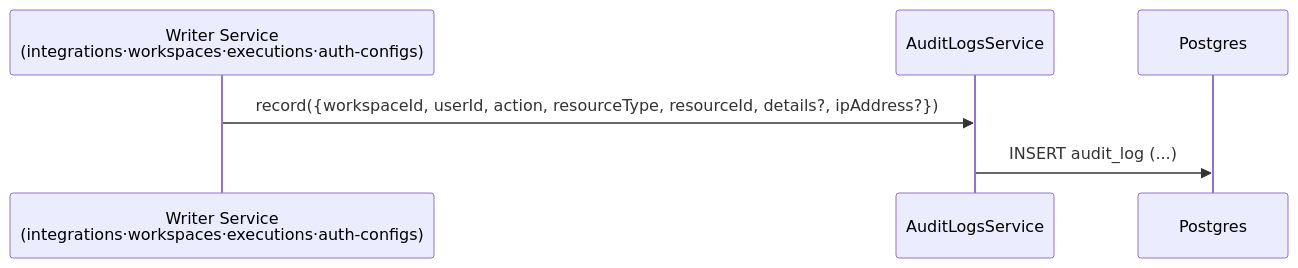
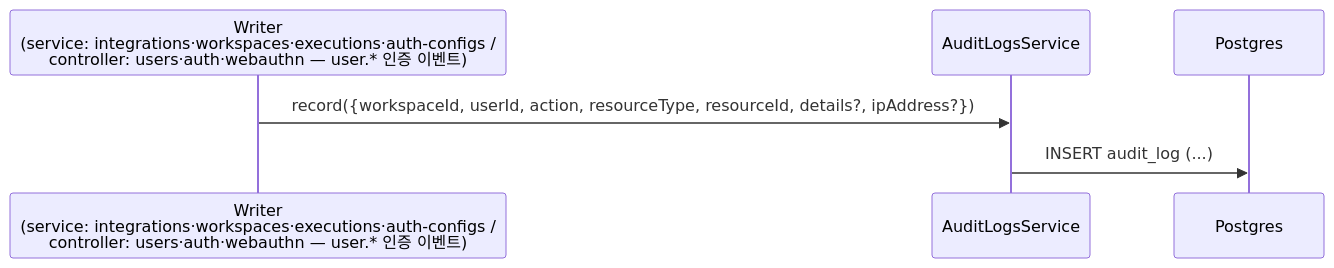
Before and after one commit to worker-ants/clemvion: the first of 2 diagrams in spec/data-flow/1-audit.md, drawn with Mermaid. The commit also changed other lines of this file and 41 other files, not shown here.

````diff
--- a/spec/data-flow/1-audit.md
+++ b/spec/data-flow/1-audit.md
@@ -31,8 +31,8 @@
 ```mermaid
 sequenceDiagram
-  participant Caller as Writer Service<br/>(integrations·workspaces·executions·auth-configs)
+  participant Caller as Writer<br/>(service: integrations·workspaces·executions·auth-configs /<br/>controller: users·auth·webauthn — user.* 인증 이벤트)
   participant ALS as AuditLogsService
   participant PG as Postgres
   Caller->>ALS: record({workspaceId, userId, action, resourceType, resourceId, details?, ipAddress?})
   ALS->>PG: INSERT audit_log (...)
 ```
````
